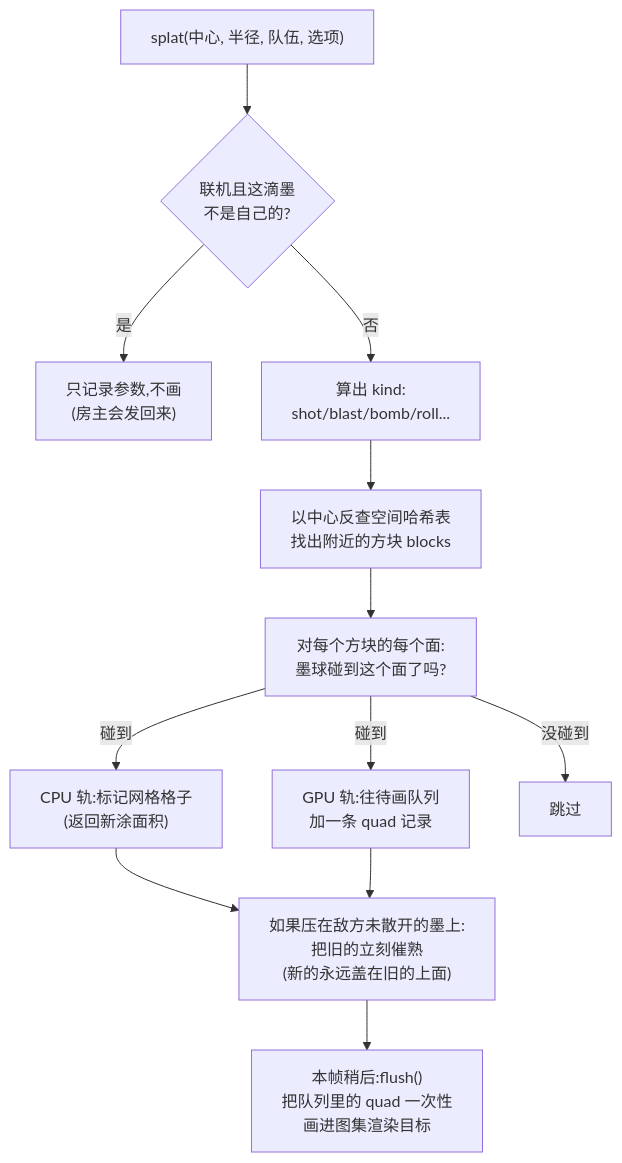
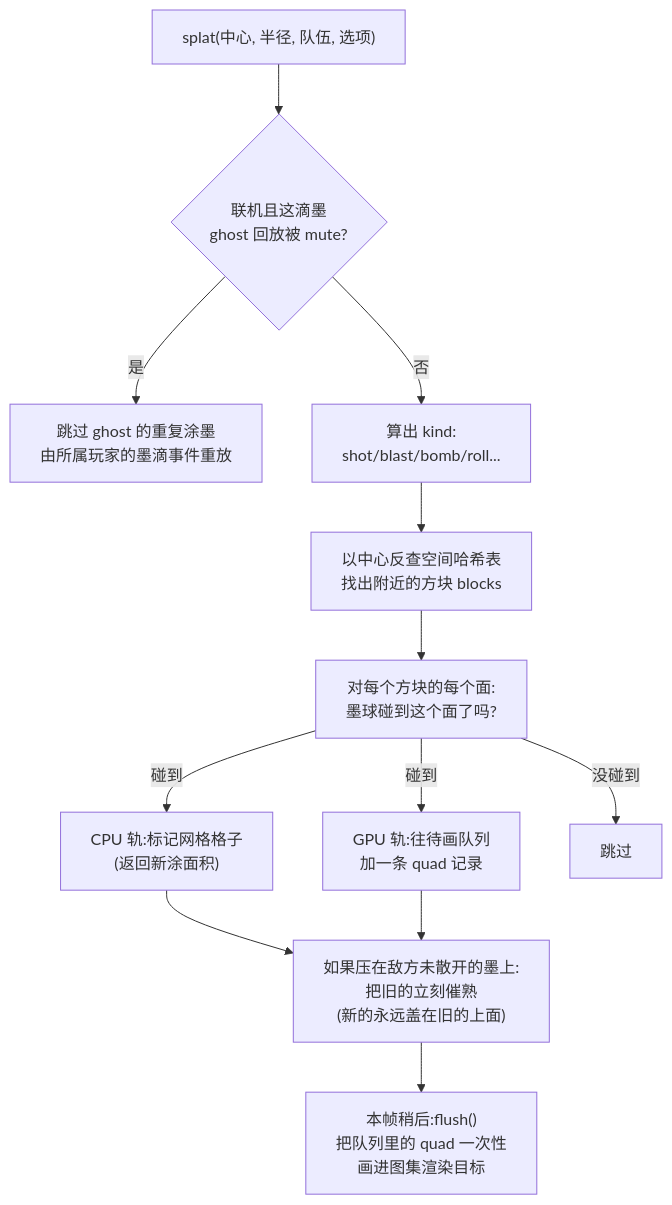
One commit to gzbin7878at2016/inkwave changed the diagram in docs/INK.zh-CN.md. Above: the diagram before and after it, drawn with Mermaid. The commit also changed other lines of this file, not shown here.

Commit message:
docs(ink): fix paint anchors and ownership diagram

````diff
--- a/docs/INK.zh-CN.md
+++ b/docs/INK.zh-CN.md
@@ -99,13 +101,13 @@
 ```mermaid
 flowchart TD
-    A["splat(中心, 半径, 队伍, 选项)"] --> B{"联机且这滴墨<br/>不是自己的?"}
-    B -- 是 --> C["只记录参数,不画<br/>(房主会发回来)"]
+    A["splat(中心, 半径, 队伍, 选项)"] --> B{"联机且这滴墨<br/>ghost 回放被 mute?"}
+    B -- 是 --> C["跳过 ghost 的重复涂墨<br/>由所属玩家的墨滴事件重放"]
     B -- 否 --> D["算出 kind:<br/>shot/blast/bomb/roll..."]
     D --> E["以中心反查空间哈希表<br/>找出附近的方块 blocks"]
     E --> F["对每个方块的每个面:<br/>墨球碰到这个面了吗?"]
     F -- 碰到 --> G["CPU 轨:标记网格格子<br/>(返回新涂面积)"]
     F -- 碰到 --> H["GPU 轨:往待画队列<br/>加一条 quad 记录"]
     F -- 没碰到 --> I["跳过"]
     G & H --> J["如果压在敌方未散开的墨上:<br/>把旧的立刻催熟<br/>(新的永远盖在旧的上面)"]
     J --> K["本帧稍后:flush()<br/>把队列里的 quad 一次性<br/>画进图集渲染目标"]
 ```
````
